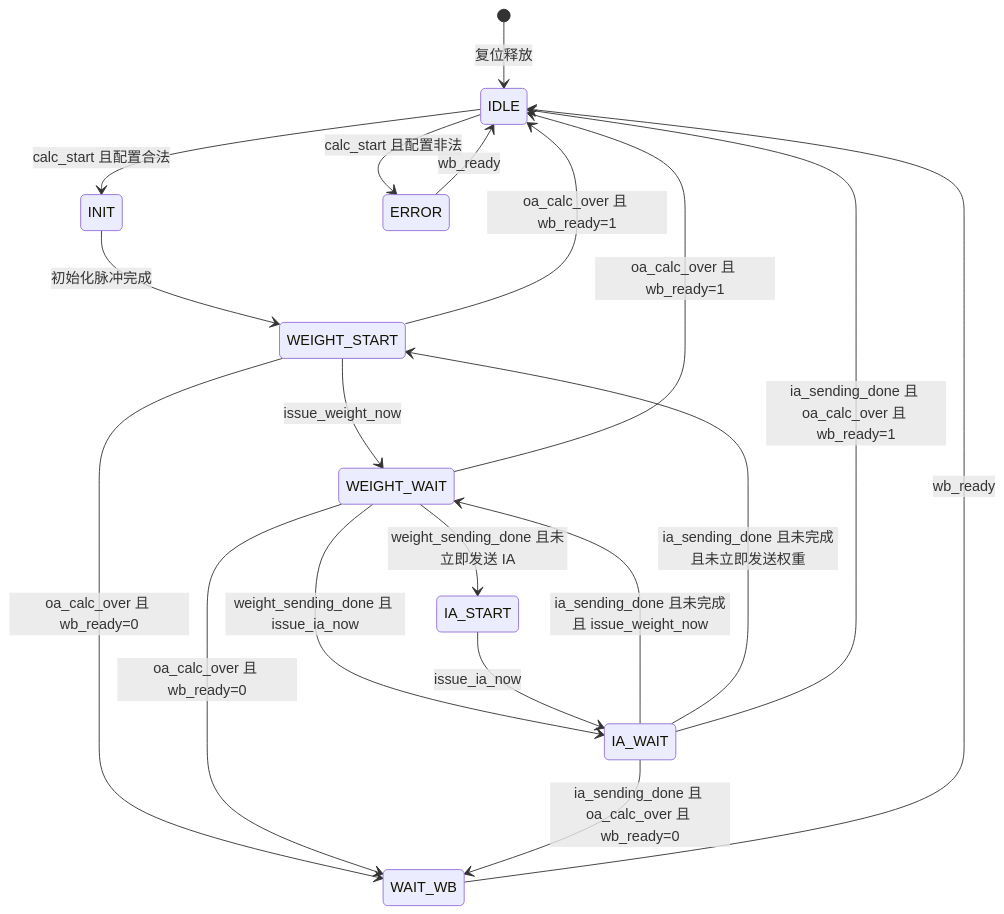
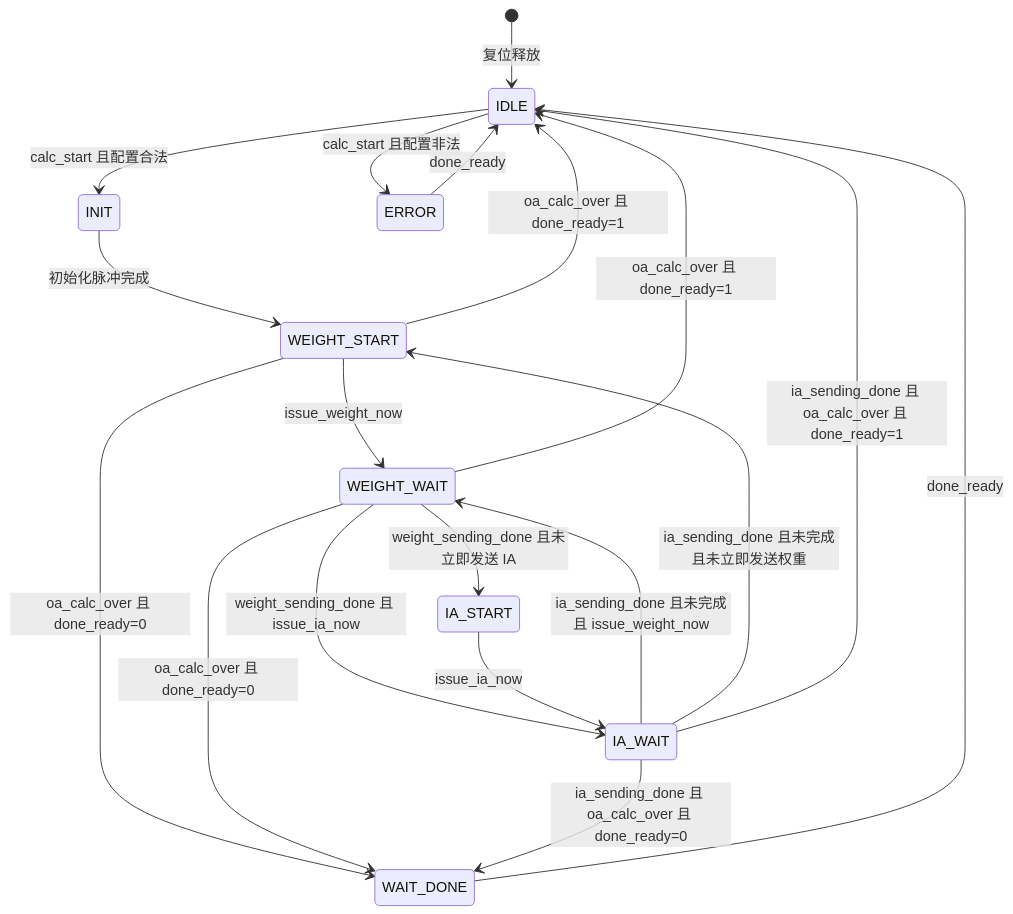
The fourth of 9 diagrams in veri/doc/original_docx_report_md/原版报告_技术报告.md (EE-noob/aiEngine_integrated), drawn with Mermaid before and after one commit. The commit also changed other lines of this file and 47 other files, not shown here.

````diff
--- a/veri/doc/original_docx_report_md/原版报告_技术报告.md
+++ b/veri/doc/original_docx_report_md/原版报告_技术报告.md
@@ -789,21 +788,21 @@
 ```mermaid
 stateDiagram-v2
     [*] --> IDLE: 复位释放
     IDLE --> INIT: calc_start 且配置合法
     IDLE --> ERROR: calc_start 且配置非法
     INIT --> WEIGHT_START: 初始化脉冲完成
     WEIGHT_START --> WEIGHT_WAIT: issue_weight_now
-    WEIGHT_START --> WAIT_WB: oa_calc_over 且 wb_ready=0
-    WEIGHT_START --> IDLE: oa_calc_over 且 wb_ready=1
+    WEIGHT_START --> WAIT_DONE: oa_calc_over 且 done_ready=0
+    WEIGHT_START --> IDLE: oa_calc_over 且 done_ready=1
     WEIGHT_WAIT --> IA_WAIT: weight_sending_done 且 issue_ia_now
     WEIGHT_WAIT --> IA_START: weight_sending_done 且未立即发送 IA
-    WEIGHT_WAIT --> WAIT_WB: oa_calc_over 且 wb_ready=0
-    WEIGHT_WAIT --> IDLE: oa_calc_over 且 wb_ready=1
+    WEIGHT_WAIT --> WAIT_DONE: oa_calc_over 且 done_ready=0
+    WEIGHT_WAIT --> IDLE: oa_calc_over 且 done_ready=1
     IA_START --> IA_WAIT: issue_ia_now
     IA_WAIT --> WEIGHT_WAIT: ia_sending_done 且未完成且 issue_weight_now
     IA_WAIT --> WEIGHT_START: ia_sending_done 且未完成且未立即发送权重
-    IA_WAIT --> WAIT_WB: ia_sending_done 且 oa_calc_over 且 wb_ready=0
-    IA_WAIT --> IDLE: ia_sending_done 且 oa_calc_over 且 wb_ready=1
-    WAIT_WB --> IDLE: wb_ready
-    ERROR --> IDLE: wb_ready
+    IA_WAIT --> WAIT_DONE: ia_sending_done 且 oa_calc_over 且 done_ready=0
+    IA_WAIT --> IDLE: ia_sending_done 且 oa_calc_over 且 done_ready=1
+    WAIT_DONE --> IDLE: done_ready
+    ERROR --> IDLE: done_ready
 ```
````
